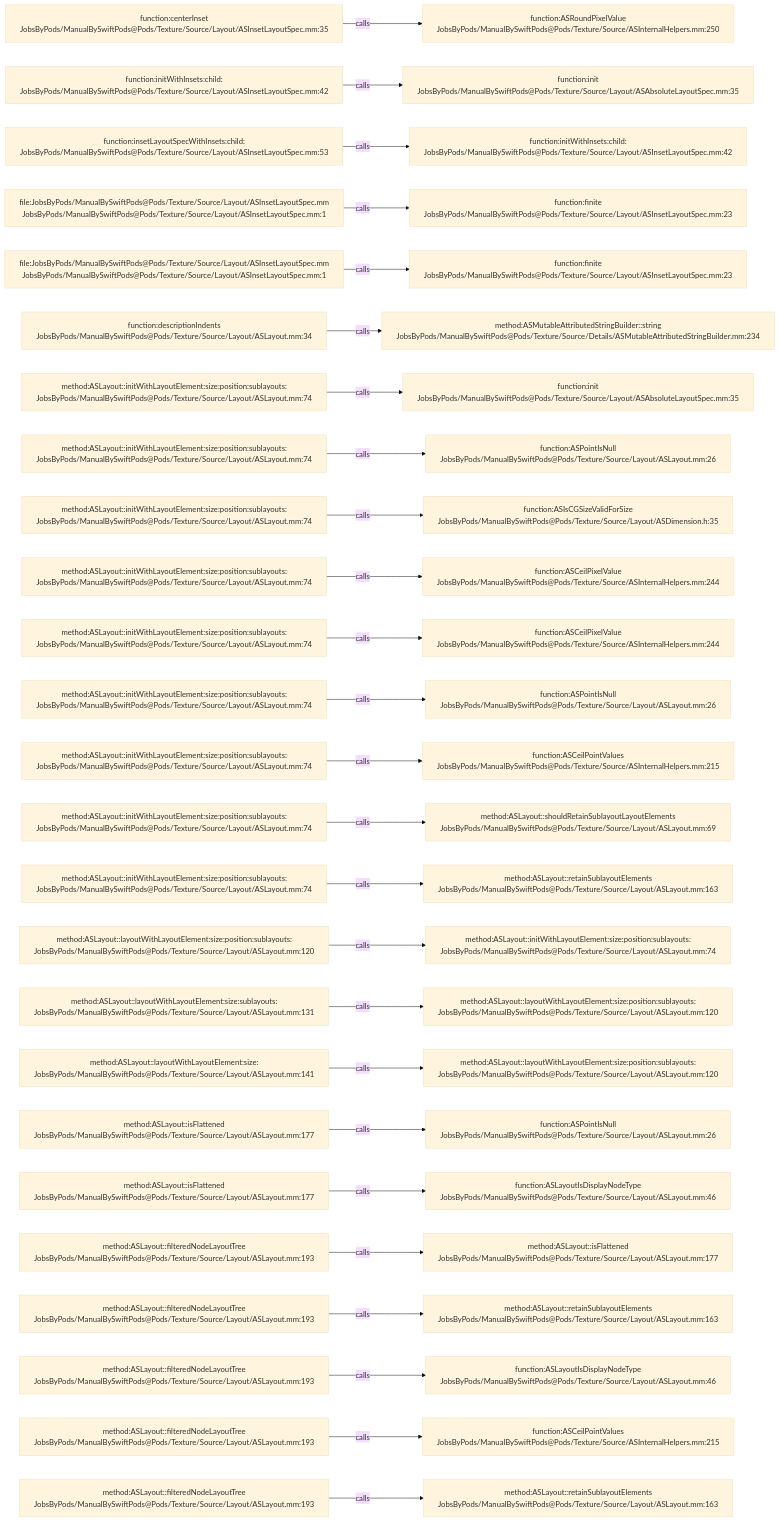
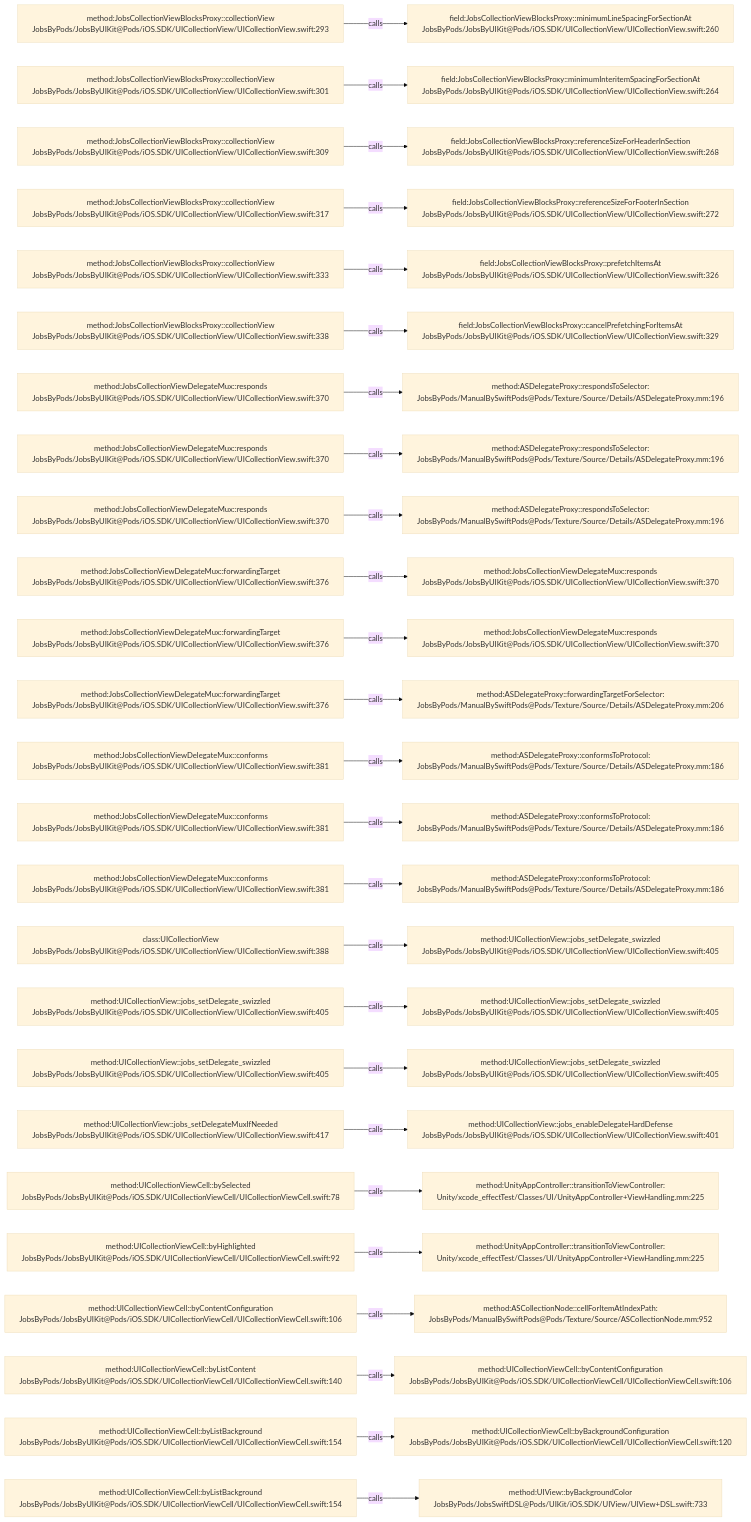
Before and after one commit to JobsKits/JobsSwiftBaseConfigDemo: the diagram in .codegraph/codegraph.md/graphs/calls-108.md, drawn with Mermaid (base theme). The commit also changed 224 other files, not shown here.

````diff
--- a/.codegraph/codegraph.md/graphs/calls-108.md
+++ b/.codegraph/codegraph.md/graphs/calls-108.md
@@ -13,78 +13,78 @@
 ```mermaid
 flowchart LR
-  S1["function:centerInset<br/>JobsByPods/ManualBySwiftPods@Pods/Texture/Source/Layout/ASInsetLayoutSpec.mm:35"]
-  T1["function:ASRoundPixelValue<br/>JobsByPods/ManualBySwiftPods@Pods/Texture/Source/ASInternalHelpers.mm:250"]
+  S1["method:JobsCollectionViewBlocksProxy::collectionView<br/>JobsByPods/JobsByUIKit@Pods/iOS.SDK/UICollectionView/UICollectionView.swift:293"]
+  T1["field:JobsCollectionViewBlocksProxy::minimumLineSpacingForSectionAt<br/>JobsByPods/JobsByUIKit@Pods/iOS.SDK/UICollectionView/UICollectionView.swift:260"]
   S1 -->|calls| T1
-  S2["function:initWithInsets:child:<br/>JobsByPods/ManualBySwiftPods@Pods/Texture/Source/Layout/ASInsetLayoutSpec.mm:42"]
-  T2["function:init<br/>JobsByPods/ManualBySwiftPods@Pods/Texture/Source/Layout/ASAbsoluteLayoutSpec.mm:35"]
+  S2["method:JobsCollectionViewBlocksProxy::collectionView<br/>JobsByPods/JobsByUIKit@Pods/iOS.SDK/UICollectionView/UICollectionView.swift:301"]
+  T2["field:JobsCollectionViewBlocksProxy::minimumInteritemSpacingForSectionAt<br/>JobsByPods/JobsByUIKit@Pods/iOS.SDK/UICollectionView/UICollectionView.swift:264"]
   S2 -->|calls| T2
-  S3["function:insetLayoutSpecWithInsets:child:<br/>JobsByPods/ManualBySwiftPods@Pods/Texture/Source/Layout/ASInsetLayoutSpec.mm:53"]
-  T3["function:initWithInsets:child:<br/>JobsByPods/ManualBySwiftPods@Pods/Texture/Source/Layout/ASInsetLayoutSpec.mm:42"]
+  S3["method:JobsCollectionViewBlocksProxy::collectionView<br/>JobsByPods/JobsByUIKit@Pods/iOS.SDK/UICollectionView/UICollectionView.swift:309"]
+  T3["field:JobsCollectionViewBlocksProxy::referenceSizeForHeaderInSection<br/>JobsByPods/JobsByUIKit@Pods/iOS.SDK/UICollectionView/UICollectionView.swift:268"]
   S3 -->|calls| T3
-  S4["file:JobsByPods/ManualBySwiftPods@Pods/Texture/Source/Layout/ASInsetLayoutSpec.mm<br/>JobsByPods/ManualBySwiftPods@Pods/Texture/Source/Layout/ASInsetLayoutSpec.mm:1"]
-  T4["function:finite<br/>JobsByPods/ManualBySwiftPods@Pods/Texture/Source/Layout/ASInsetLayoutSpec.mm:23"]
+  S4["method:JobsCollectionViewBlocksProxy::collectionView<br/>JobsByPods/JobsByUIKit@Pods/iOS.SDK/UICollectionView/UICollectionView.swift:317"]
+  T4["field:JobsCollectionViewBlocksProxy::referenceSizeForFooterInSection<br/>JobsByPods/JobsByUIKit@Pods/iOS.SDK/UICollectionView/UICollectionView.swift:272"]
   S4 -->|calls| T4
-  S5["file:JobsByPods/ManualBySwiftPods@Pods/Texture/Source/Layout/ASInsetLayoutSpec.mm<br/>JobsByPods/ManualBySwiftPods@Pods/Texture/Source/Layout/ASInsetLayoutSpec.mm:1"]
-  T5["function:finite<br/>JobsByPods/ManualBySwiftPods@Pods/Texture/Source/Layout/ASInsetLayoutSpec.mm:23"]
+  S5["method:JobsCollectionViewBlocksProxy::collectionView<br/>JobsByPods/JobsByUIKit@Pods/iOS.SDK/UICollectionView/UICollectionView.swift:333"]
+  T5["field:JobsCollectionViewBlocksProxy::prefetchItemsAt<br/>JobsByPods/JobsByUIKit@Pods/iOS.SDK/UICollectionView/UICollectionView.swift:326"]
   S5 -->|calls| T5
-  S6["function:descriptionIndents<br/>JobsByPods/ManualBySwiftPods@Pods/Texture/Source/Layout/ASLayout.mm:34"]
-  T6["method:ASMutableAttributedStringBuilder::string<br/>JobsByPods/ManualBySwiftPods@Pods/Texture/Source/Details/ASMutableAttributedStringBuilder.mm:234"]
+  S6["method:JobsCollectionViewBlocksProxy::collectionView<br/>JobsByPods/JobsByUIKit@Pods/iOS.SDK/UICollectionView/UICollectionView.swift:338"]
+  T6["field:JobsCollectionViewBlocksProxy::cancelPrefetchingForItemsAt<br/>JobsByPods/JobsByUIKit@Pods/iOS.SDK/UICollectionView/UICollectionView.swift:329"]
   S6 -->|calls| T6
-  S7["method:ASLayout::initWithLayoutElement:size:position:sublayouts:<br/>JobsByPods/ManualBySwiftPods@Pods/Texture/Source/Layout/ASLayout.mm:74"]
-  T7["function:init<br/>JobsByPods/ManualBySwiftPods@Pods/Texture/Source/Layout/ASAbsoluteLayoutSpec.mm:35"]
+  S7["method:JobsCollectionViewDelegateMux::responds<br/>JobsByPods/JobsByUIKit@Pods/iOS.SDK/UICollectionView/UICollectionView.swift:370"]
+  T7["method:ASDelegateProxy::respondsToSelector:<br/>JobsByPods/ManualBySwiftPods@Pods/Texture/Source/Details/ASDelegateProxy.mm:196"]
   S7 -->|calls| T7
-  S8["method:ASLayout::initWithLayoutElement:size:position:sublayouts:<br/>JobsByPods/ManualBySwiftPods@Pods/Texture/Source/Layout/ASLayout.mm:74"]
-  T8["function:ASPointIsNull<br/>JobsByPods/ManualBySwiftPods@Pods/Texture/Source/Layout/ASLayout.mm:26"]
+  S8["method:JobsCollectionViewDelegateMux::responds<br/>JobsByPods/JobsByUIKit@Pods/iOS.SDK/UICollectionView/UICollectionView.swift:370"]
+  T8["method:ASDelegateProxy::respondsToSelector:<br/>JobsByPods/ManualBySwiftPods@Pods/Texture/Source/Details/ASDelegateProxy.mm:196"]
   S8 -->|calls| T8
-  S9["method:ASLayout::initWithLayoutElement:size:position:sublayouts:<br/>JobsByPods/ManualBySwiftPods@Pods/Texture/Source/Layout/ASLayout.mm:74"]
-  T9["function:ASIsCGSizeValidForSize<br/>JobsByPods/ManualBySwiftPods@Pods/Texture/Source/Layout/ASDimension.h:35"]
+  S9["method:JobsCollectionViewDelegateMux::responds<br/>JobsByPods/JobsByUIKit@Pods/iOS.SDK/UICollectionView/UICollectionView.swift:370"]
+  T9["method:ASDelegateProxy::respondsToSelector:<br/>JobsByPods/ManualBySwiftPods@Pods/Texture/Source/Details/ASDelegateProxy.mm:196"]
   S9 -->|calls| T9
-  S10["method:ASLayout::initWithLayoutElement:size:position:sublayouts:<br/>JobsByPods/ManualBySwiftPods@Pods/Texture/Source/Layout/ASLayout.mm:74"]
-  T10["function:ASCeilPixelValue<br/>JobsByPods/ManualBySwiftPods@Pods/Texture/Source/ASInternalHelpers.mm:244"]
+  S10["method:JobsCollectionViewDelegateMux::forwardingTarget<br/>JobsByPods/JobsByUIKit@Pods/iOS.SDK/UICollectionView/UICollectionView.swift:376"]
+  T10["method:JobsCollectionViewDelegateMux::responds<br/>JobsByPods/JobsByUIKit@Pods/iOS.SDK/UICollectionView/UICollectionView.swift:370"]
   S10 -->|calls| T10
-  S11["method:ASLayout::initWithLayoutElement:size:position:sublayouts:<br/>JobsByPods/ManualBySwiftPods@Pods/Texture/Source/Layout/ASLayout.mm:74"]
-  T11["function:ASCeilPixelValue<br/>JobsByPods/ManualBySwiftPods@Pods/Texture/Source/ASInternalHelpers.mm:244"]
+  S11["method:JobsCollectionViewDelegateMux::forwardingTarget<br/>JobsByPods/JobsByUIKit@Pods/iOS.SDK/UICollectionView/UICollectionView.swift:376"]
+  T11["method:JobsCollectionViewDelegateMux::responds<br/>JobsByPods/JobsByUIKit@Pods/iOS.SDK/UICollectionView/UICollectionView.swift:370"]
   S11 -->|calls| T11
-  S12["method:ASLayout::initWithLayoutElement:size:position:sublayouts:<br/>JobsByPods/ManualBySwiftPods@Pods/Texture/Source/Layout/ASLayout.mm:74"]
-  T12["function:ASPointIsNull<br/>JobsByPods/ManualBySwiftPods@Pods/Texture/Source/Layout/ASLayout.mm:26"]
+  S12["method:JobsCollectionViewDelegateMux::forwardingTarget<br/>JobsByPods/JobsByUIKit@Pods/iOS.SDK/UICollectionView/UICollectionView.swift:376"]
+  T12["method:ASDelegateProxy::forwardingTargetForSelector:<br/>JobsByPods/ManualBySwiftPods@Pods/Texture/Source/Details/ASDelegateProxy.mm:206"]
   S12 -->|calls| T12
-  S13["method:ASLayout::initWithLayoutElement:size:position:sublayouts:<br/>JobsByPods/ManualBySwiftPods@Pods/Texture/Source/Layout/ASLayout.mm:74"]
-  T13["function:ASCeilPointValues<br/>JobsByPods/ManualBySwiftPods@Pods/Texture/Source/ASInternalHelpers.mm:215"]
+  S13["method:JobsCollectionViewDelegateMux::conforms<br/>JobsByPods/JobsByUIKit@Pods/iOS.SDK/UICollectionView/UICollectionView.swift:381"]
+  T13["method:ASDelegateProxy::conformsToProtocol:<br/>JobsByPods/ManualBySwiftPods@Pods/Texture/Source/Details/ASDelegateProxy.mm:186"]
   S13 -->|calls| T13
-  S14["method:ASLayout::initWithLayoutElement:size:position:sublayouts:<br/>JobsByPods/ManualBySwiftPods@Pods/Texture/Source/Layout/ASLayout.mm:74"]
-  T14["method:ASLayout::shouldRetainSublayoutLayoutElements<br/>JobsByPods/ManualBySwiftPods@Pods/Texture/Source/Layout/ASLayout.mm:69"]
+  S14["method:JobsCollectionViewDelegateMux::conforms<br/>JobsByPods/JobsByUIKit@Pods/iOS.SDK/UICollectionView/UICollectionView.swift:381"]
+  T14["method:ASDelegateProxy::conformsToProtocol:<br/>JobsByPods/ManualBySwiftPods@Pods/Texture/Source/Details/ASDelegateProxy.mm:186"]
   S14 -->|calls| T14
-  S15["method:ASLayout::initWithLayoutElement:size:position:sublayouts:<br/>JobsByPods/ManualBySwiftPods@Pods/Texture/Source/Layout/ASLayout.mm:74"]
-  T15["method:ASLayout::retainSublayoutElements<br/>JobsByPods/ManualBySwiftPods@Pods/Texture/Source/Layout/ASLayout.mm:163"]
+  S15["method:JobsCollectionViewDelegateMux::conforms<br/>JobsByPods/JobsByUIKit@Pods/iOS.SDK/UICollectionView/UICollectionView.swift:381"]
+  T15["method:ASDelegateProxy::conformsToProtocol:<br/>JobsByPods/ManualBySwiftPods@Pods/Texture/Source/Details/ASDelegateProxy.mm:186"]
   S15 -->|calls| T15
-  S16["method:ASLayout::layoutWithLayoutElement:size:position:sublayouts:<br/>JobsByPods/ManualBySwiftPods@Pods/Texture/Source/Layout/ASLayout.mm:120"]
-  T16["method:ASLayout::initWithLayoutElement:size:position:sublayouts:<br/>JobsByPods/ManualBySwiftPods@Pods/Texture/Source/Layout/ASLayout.mm:74"]
+  S16["class:UICollectionView<br/>JobsByPods/JobsByUIKit@Pods/iOS.SDK/UICollectionView/UICollectionView.swift:388"]
+  T16["method:UICollectionView::jobs_setDelegate_swizzled<br/>JobsByPods/JobsByUIKit@Pods/iOS.SDK/UICollectionView/UICollectionView.swift:405"]
   S16 -->|calls| T16
-  S17["method:ASLayout::layoutWithLayoutElement:size:sublayouts:<br/>JobsByPods/ManualBySwiftPods@Pods/Texture/Source/Layout/ASLayout.mm:131"]
-  T17["method:ASLayout::layoutWithLayoutElement:size:position:sublayouts:<br/>JobsByPods/ManualBySwiftPods@Pods/Texture/Source/Layout/ASLayout.mm:120"]
+  S17["method:UICollectionView::jobs_setDelegate_swizzled<br/>JobsByPods/JobsByUIKit@Pods/iOS.SDK/UICollectionView/UICollectionView.swift:405"]
+  T17["method:UICollectionView::jobs_setDelegate_swizzled<br/>JobsByPods/JobsByUIKit@Pods/iOS.SDK/UICollectionView/UICollectionView.swift:405"]
   S17 -->|calls| T17
-  S18["method:ASLayout::layoutWithLayoutElement:size:<br/>JobsByPods/ManualBySwiftPods@Pods/Texture/Source/Layout/ASLayout.mm:141"]
-  T18["method:ASLayout::layoutWithLayoutElement:size:position:sublayouts:<br/>JobsByPods/ManualBySwiftPods@Pods/Texture/Source/Layout/ASLayout.mm:120"]
+  S18["method:UICollectionView::jobs_setDelegate_swizzled<br/>JobsByPods/JobsByUIKit@Pods/iOS.SDK/UICollectionView/UICollectionView.swift:405"]
+  T18["method:UICollectionView::jobs_setDelegate_swizzled<br/>JobsByPods/JobsByUIKit@Pods/iOS.SDK/UICollectionView/UICollectionView.swift:405"]
   S18 -->|calls| T18
-  S19["method:ASLayout::isFlattened<br/>JobsByPods/ManualBySwiftPods@Pods/Texture/Source/Layout/ASLayout.mm:177"]
-  T19["function:ASPointIsNull<br/>JobsByPods/ManualBySwiftPods@Pods/Texture/Source/Layout/ASLayout.mm:26"]
+  S19["method:UICollectionView::jobs_setDelegateMuxIfNeeded<br/>JobsByPods/JobsByUIKit@Pods/iOS.SDK/UICollectionView/UICollectionView.swift:417"]
+  T19["method:UICollectionView::jobs_enableDelegateHardDefense<br/>JobsByPods/JobsByUIKit@Pods/iOS.SDK/UICollectionView/UICollectionView.swift:401"]
   S19 -->|calls| T19
-  S20["method:ASLayout::isFlattened<br/>JobsByPods/ManualBySwiftPods@Pods/Texture/Source/Layout/ASLayout.mm:177"]
-  T20["function:ASLayoutIsDisplayNodeType<br/>JobsByPods/ManualBySwiftPods@Pods/Texture/Source/Layout/ASLayout.mm:46"]
+  S20["method:UICollectionViewCell::bySelected<br/>JobsByPods/JobsByUIKit@Pods/iOS.SDK/UICollectionViewCell/UICollectionViewCell.swift:78"]
+  T20["method:UnityAppController::transitionToViewController:<br/>Unity/xcode_effectTest/Classes/UI/UnityAppController+ViewHandling.mm:225"]
   S20 -->|calls| T20
-  S21["method:ASLayout::filteredNodeLayoutTree<br/>JobsByPods/ManualBySwiftPods@Pods/Texture/Source/Layout/ASLayout.mm:193"]
-  T21["method:ASLayout::isFlattened<br/>JobsByPods/ManualBySwiftPods@Pods/Texture/Source/Layout/ASLayout.mm:177"]
+  S21["method:UICollectionViewCell::byHighlighted<br/>JobsByPods/JobsByUIKit@Pods/iOS.SDK/UICollectionViewCell/UICollectionViewCell.swift:92"]
+  T21["method:UnityAppController::transitionToViewController:<br/>Unity/xcode_effectTest/Classes/UI/UnityAppController+ViewHandling.mm:225"]
   S21 -->|calls| T21
-  S22["method:ASLayout::filteredNodeLayoutTree<br/>JobsByPods/ManualBySwiftPods@Pods/Texture/Source/Layout/ASLayout.mm:193"]
-  T22["method:ASLayout::retainSublayoutElements<br/>JobsByPods/ManualBySwiftPods@Pods/Texture/Source/Layout/ASLayout.mm:163"]
+  S22["method:UICollectionViewCell::byContentConfiguration<br/>JobsByPods/JobsByUIKit@Pods/iOS.SDK/UICollectionViewCell/UICollectionViewCell.swift:106"]
+  T22["method:ASCollectionNode::cellForItemAtIndexPath:<br/>JobsByPods/ManualBySwiftPods@Pods/Texture/Source/ASCollectionNode.mm:952"]
   S22 -->|calls| T22
-  S23["method:ASLayout::filteredNodeLayoutTree<br/>JobsByPods/ManualBySwiftPods@Pods/Texture/Source/Layout/ASLayout.mm:193"]
-  T23["function:ASLayoutIsDisplayNodeType<br/>JobsByPods/ManualBySwiftPods@Pods/Texture/Source/Layout/ASLayout.mm:46"]
+  S23["method:UICollectionViewCell::byListContent<br/>JobsByPods/JobsByUIKit@Pods/iOS.SDK/UICollectionViewCell/UICollectionViewCell.swift:140"]
+  T23["method:UICollectionViewCell::byContentConfiguration<br/>JobsByPods/JobsByUIKit@Pods/iOS.SDK/UICollectionViewCell/UICollectionViewCell.swift:106"]
   S23 -->|calls| T23
-  S24["method:ASLayout::filteredNodeLayoutTree<br/>JobsByPods/ManualBySwiftPods@Pods/Texture/Source/Layout/ASLayout.mm:193"]
-  T24["function:ASCeilPointValues<br/>JobsByPods/ManualBySwiftPods@Pods/Texture/Source/ASInternalHelpers.mm:215"]
+  S24["method:UICollectionViewCell::byListBackground<br/>JobsByPods/JobsByUIKit@Pods/iOS.SDK/UICollectionViewCell/UICollectionViewCell.swift:154"]
+  T24["method:UICollectionViewCell::byBackgroundConfiguration<br/>JobsByPods/JobsByUIKit@Pods/iOS.SDK/UICollectionViewCell/UICollectionViewCell.swift:120"]
   S24 -->|calls| T24
-  S25["method:ASLayout::filteredNodeLayoutTree<br/>JobsByPods/ManualBySwiftPods@Pods/Texture/Source/Layout/ASLayout.mm:193"]
-  T25["method:ASLayout::retainSublayoutElements<br/>JobsByPods/ManualBySwiftPods@Pods/Texture/Source/Layout/ASLayout.mm:163"]
+  S25["method:UICollectionViewCell::byListBackground<br/>JobsByPods/JobsByUIKit@Pods/iOS.SDK/UICollectionViewCell/UICollectionViewCell.swift:154"]
+  T25["method:UIView::byBackgroundColor<br/>JobsByPods/JobsSwiftDSL@Pods/UIKit/iOS.SDK/UIView/UIView+DSL.swift:733"]
   S25 -->|calls| T25
 ```
````
